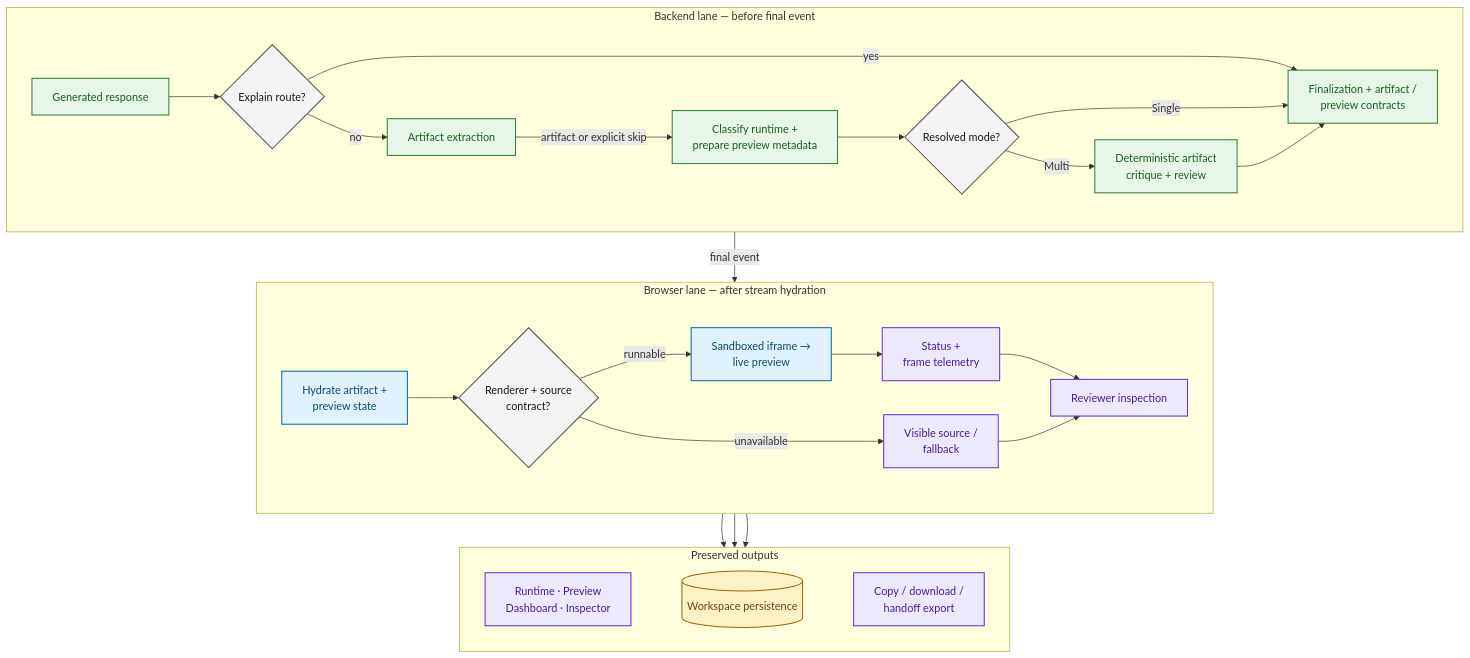
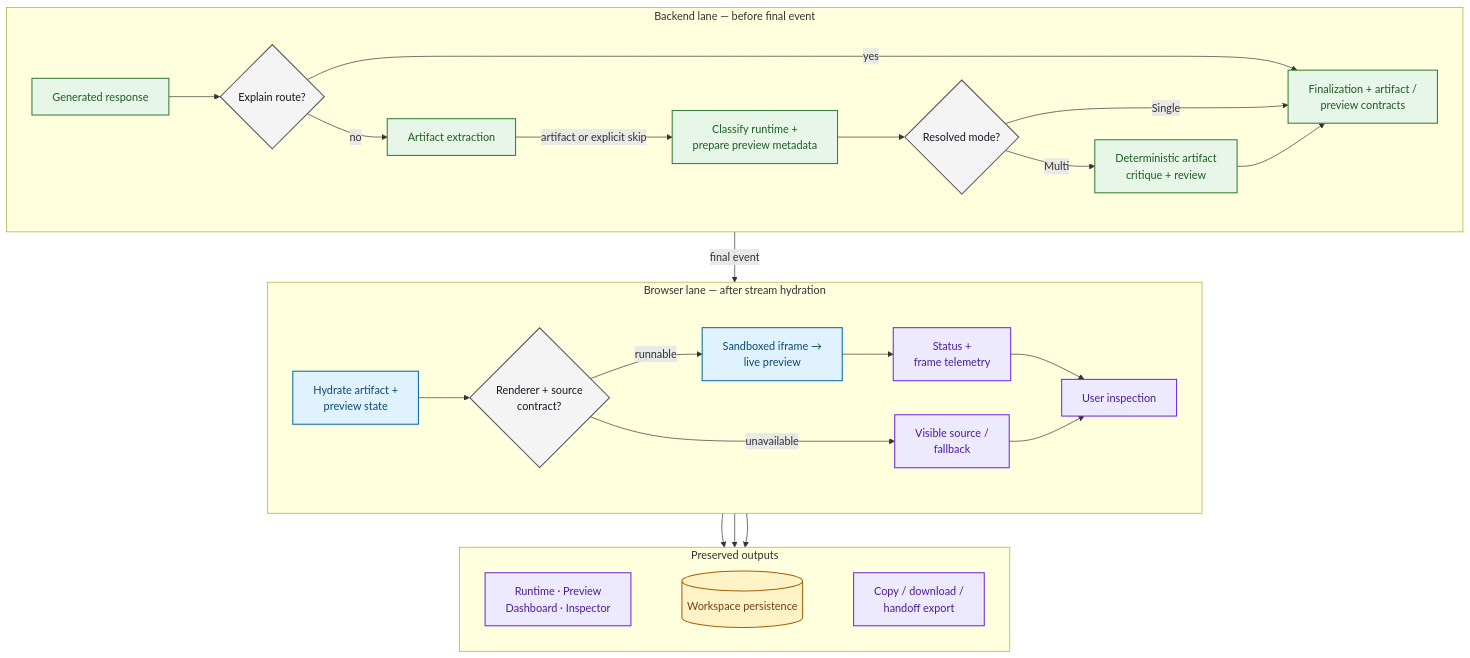
One commit to lmguerrini/creative-coding-assistant changed the diagram in architecture/artifact_preview_runtime.md. Above: the diagram before and after it, drawn with Mermaid. The commit also changed other lines of this file and 88 other files, not shown here.

````diff
--- a/architecture/artifact_preview_runtime.md
+++ b/architecture/artifact_preview_runtime.md
@@ -10,53 +11,53 @@
 ```mermaid
 flowchart TB
     classDef client fill:#E0F2FE,stroke:#0369A1,color:#0C4A6E,stroke-width:1.5px
     classDef runtime fill:#E8F5E9,stroke:#2E7D32,color:#1B5E20,stroke-width:1.5px
     classDef decision fill:#F4F4F5,stroke:#52525B,color:#18181B,stroke-width:1.5px
     classDef store fill:#FEF3C7,stroke:#A16207,color:#713F12,stroke-width:1.5px
     classDef evidence fill:#EDE9FE,stroke:#6D28D9,color:#4C1D95,stroke-width:1.5px
 
     subgraph server["Backend lane — before final event"]
         direction LR
         response["Generated response"]:::runtime
         explain{"Explain route?"}:::decision
         extract["Artifact extraction"]:::runtime
         prepare["Classify runtime +<br/>prepare preview metadata"]:::runtime
         mode{"Resolved mode?"}:::decision
         critique["Deterministic artifact<br/>critique + review"]:::runtime
         final["Finalization + artifact /<br/>preview contracts"]:::runtime
 
         response --> explain
         explain -->|"no"| extract -->|"artifact or explicit skip"| prepare --> mode
         explain -->|"yes"| final
         mode -->|"Single"| final
         mode -->|"Multi"| critique --> final
     end
 
     subgraph browser["Browser lane — after stream hydration"]
         direction LR
         hydrate["Hydrate artifact +<br/>preview state"]:::client
         preflight{"Renderer + source<br/>contract?"}:::decision
         preview["Sandboxed iframe →<br/>live preview"]:::client
         telemetry["Status +<br/>frame telemetry"]:::evidence
         fallback["Visible source /<br/>fallback"]:::evidence
-        inspect["Reviewer inspection"]:::evidence
+        inspect["User inspection"]:::evidence
 
         hydrate --> preflight
         preflight -->|"runnable"| preview --> telemetry --> inspect
         preflight -->|"unavailable"| fallback --> inspect
     end
 
     subgraph outputs["Preserved outputs"]
         direction LR
         projections["Runtime · Preview<br/>Dashboard · Inspector"]:::evidence
         persistence[("Workspace persistence")]:::store
         export["Copy / download /<br/>handoff export"]:::evidence
 
         projections ~~~ persistence ~~~ export
     end
 
     final -->|"final event"| hydrate
     inspect --> projections
     inspect --> persistence
     inspect --> export
 ```
````
